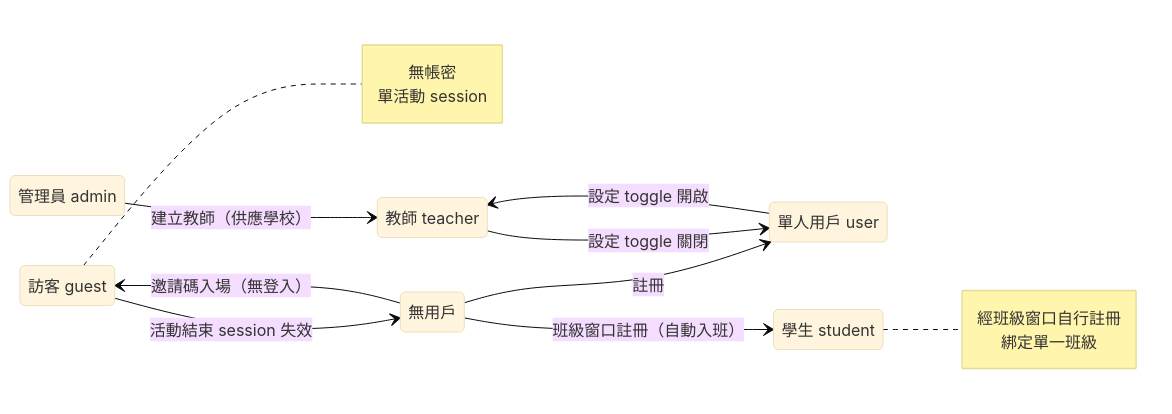
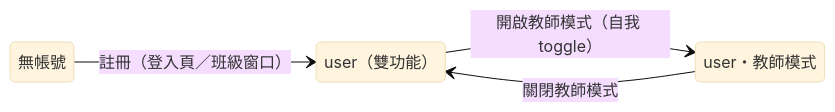
The first of 2 diagrams in docs/accounts.md (ntnu-swe-2026-team4/socrates-classroom), drawn with Mermaid (base theme) before and after one commit. The commit also changed other lines of this file, not shown here.

````diff
--- a/docs/accounts.md
+++ b/docs/accounts.md
@@ -64,33 +61,11 @@
 ```mermaid
 stateDiagram-v2
     direction LR
+    state "無帳號" as nologin
+    state "user（雙功能）" as user
+    state "user・教師模式" as tmode
 
-    state "管理員 admin" as admin
-    state "單人用戶 user" as user
-    state "教師 teacher" as teacher
-    state "學生 student" as student
-    state "訪客 guest" as guest
-    state "無用戶" as nologin
-
-    nologin --> user: 註冊
-
-    user --> teacher: 設定 toggle 開啟
-    teacher --> user: 設定 toggle 關閉
-
-    admin --> teacher: 建立教師（供應學校）
-
-    nologin --> student: 班級窗口註冊（自動入班）
-
-    nologin --> guest: 邀請碼入場（無登入）
-    guest --> nologin: 活動結束 session 失效
-
-    note right of student
-        經班級窗口自行註冊
-        綁定單一班級
-    end note
-
-    note right of guest
-        無帳密
-        單活動 session
-    end note
+    nologin --> user: 註冊（登入頁／班級窗口）
+    user --> tmode: 開啟教師模式（自我 toggle）
+    tmode --> user: 關閉教師模式
 ```
````
